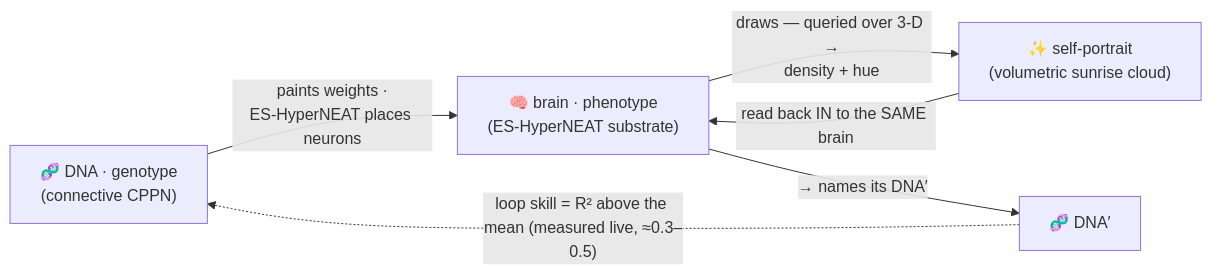
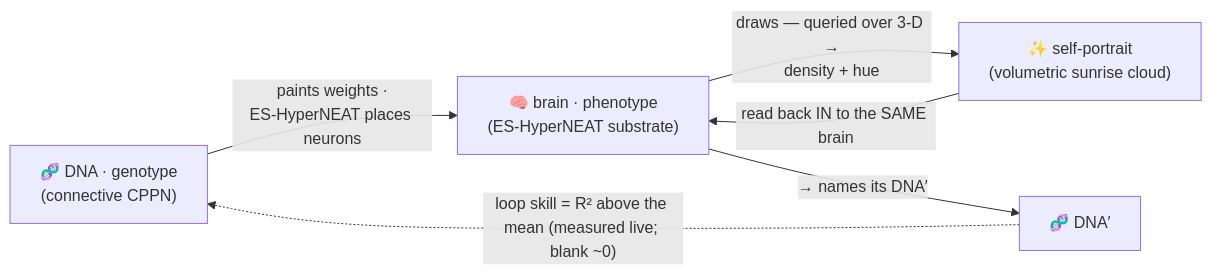
Before and after one commit to admiralakber/autograph: the first of 3 diagrams in docs/notes/architecture.md, drawn with Mermaid. The commit also changed other lines of this file and 6 other files, not shown here.

````diff
--- a/docs/notes/architecture.md
+++ b/docs/notes/architecture.md
@@ -37,8 +37,8 @@
 ```mermaid
 flowchart LR
   DNA["🧬 DNA · genotype<br/>(connective CPPN)"] -->|"paints weights ·<br/>ES-HyperNEAT places neurons"| PHENO["🧠 brain · phenotype<br/>(ES-HyperNEAT substrate)"]
   PHENO -->|"draws — queried over 3-D →<br/>density + hue"| ART["✨ self-portrait<br/>(volumetric sunrise cloud)"]
   ART -->|"read back IN to the SAME brain"| PHENO
   PHENO -->|"→ names its DNA′"| DNA2["🧬 DNA′"]
-  DNA2 -. "loop skill = R² above the mean (measured live, ≈0.3–0.5)" .-> DNA
+  DNA2 -. "loop skill = R² above the mean (measured live; blank ~0)" .-> DNA
 ```
````
